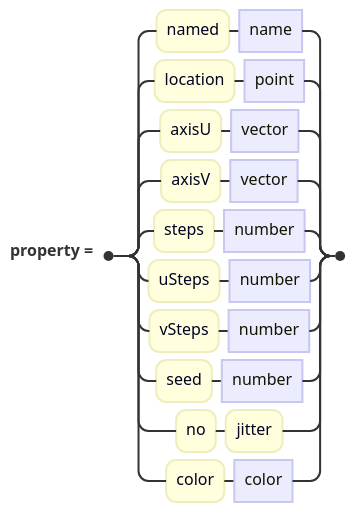
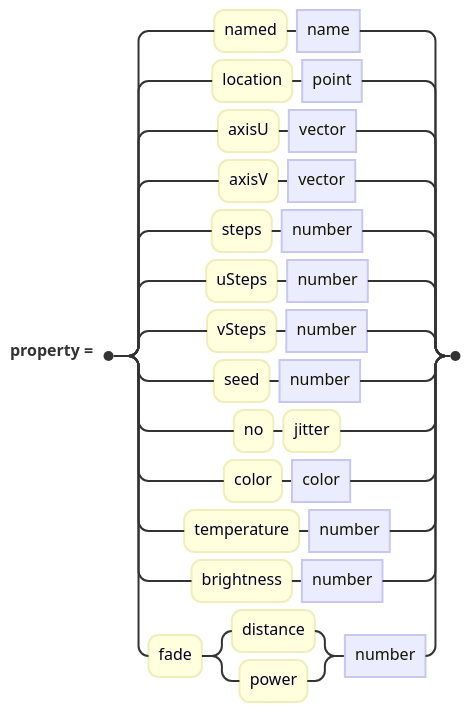
One commit to jskress/RayTracer changed the diagram in docs/diagrams/lights/areaLight.mmd. Above: the diagram before and after it, drawn with Mermaid. The commit also changed 62 other files, not shown here.

First line of the commit message:
A syntax diagram for every block

```diff
--- a/docs/diagrams/lights/areaLight.mmd
+++ b/docs/diagrams/lights/areaLight.mmd
@@ -1,6 +1,8 @@
 railroad-ebnf-beta
 title "Area light properties"
 
 property = "named" name | "location" point | "axisU" vector | "axisV" vector
          | "steps" number | "uSteps" number | "vSteps" number
-         | "seed" number | "no" "jitter" | "color" color ;
+         | "seed" number | "no" "jitter"
+         | "color" color | "temperature" number | "brightness" number
+         | "fade" ( "distance" | "power" ) number ;
```
